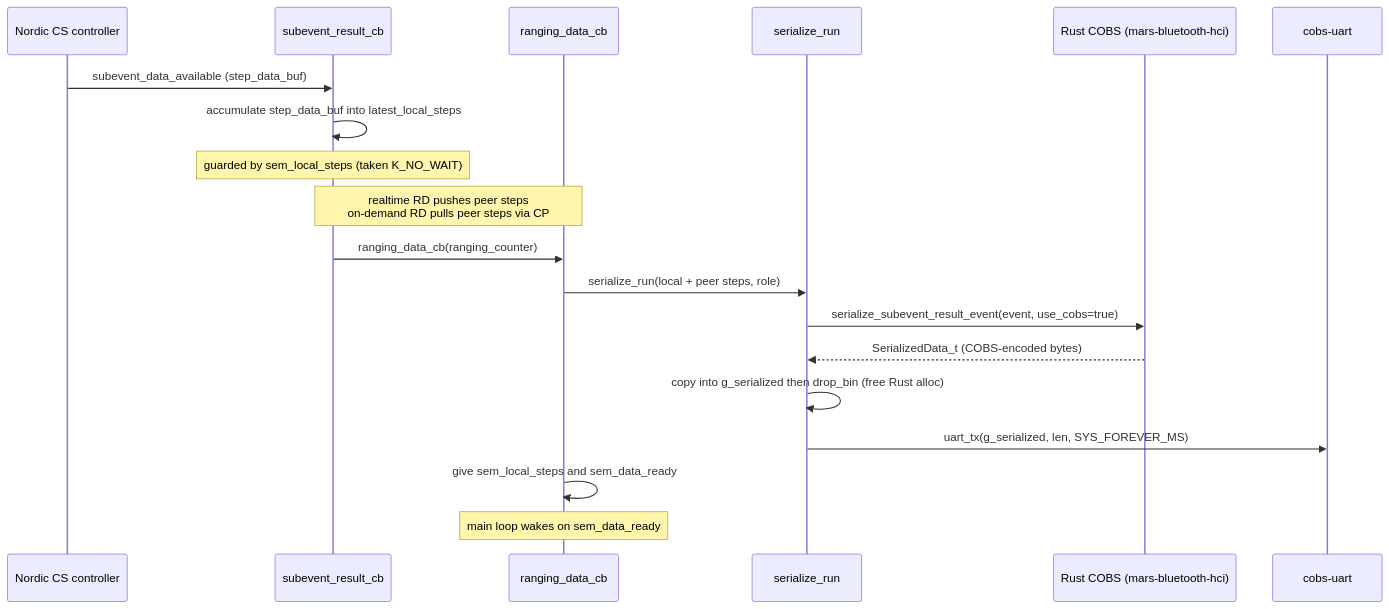
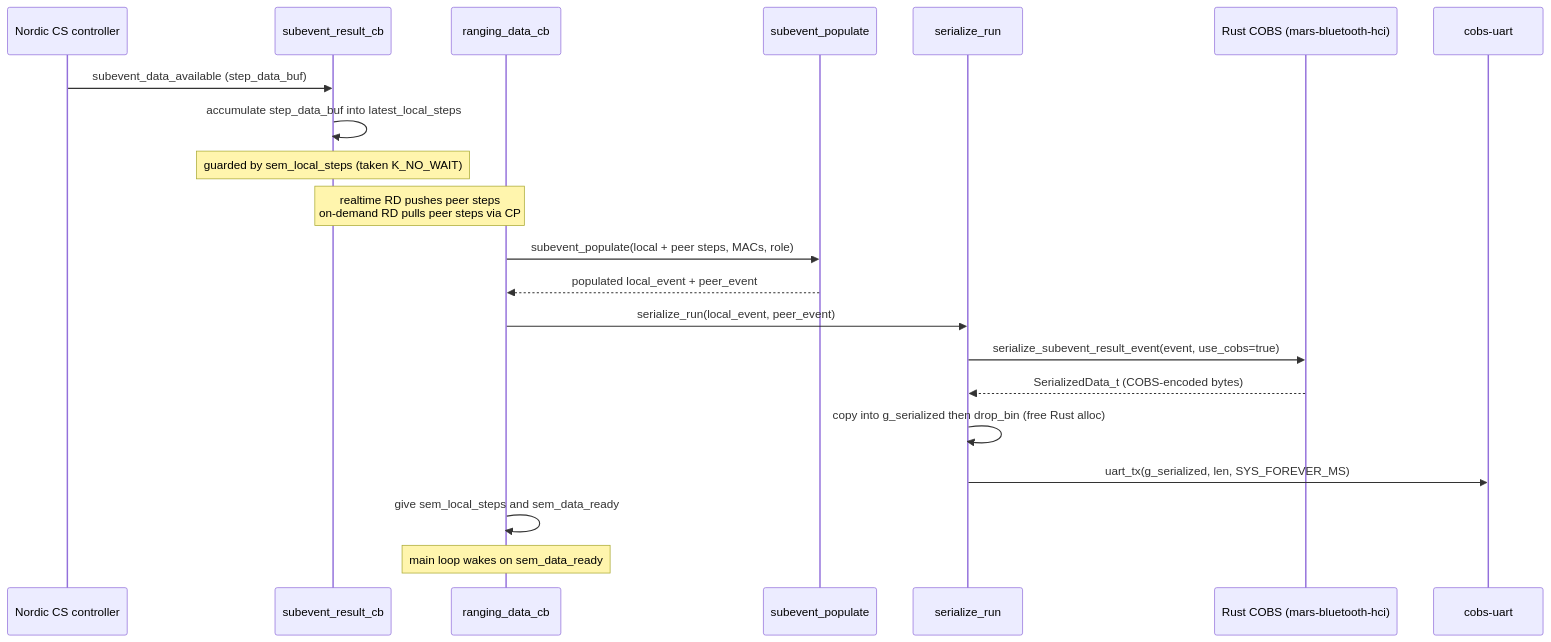
Before and after one commit to Metirionic/mars-cs-nrf54l: the first of 2 diagrams in docs/architecture.md, drawn with Mermaid. The commit also changed other lines of this file, not shown here.

First line of the commit message:
docs(architecture): document IPT data flow and RAS-vs-IPT contrast

````diff
--- a/docs/architecture.md
+++ b/docs/architecture.md
@@ -189,21 +212,23 @@
 ```mermaid
 sequenceDiagram
     participant CTRL as Nordic CS controller
     participant ACC as subevent_result_cb
     participant RAS as ranging_data_cb
+    participant POP as subevent_populate
     participant SER as serialize_run
     participant RUST as Rust COBS (mars-bluetooth-hci)
     participant UART as cobs-uart
     CTRL->>ACC: subevent_data_available (step_data_buf)
     ACC->>ACC: accumulate step_data_buf into latest_local_steps
     Note over ACC: guarded by sem_local_steps (taken K_NO_WAIT)
     Note over ACC,RAS: realtime RD pushes peer steps<br/>on-demand RD pulls peer steps via CP
-    ACC->>RAS: ranging_data_cb(ranging_counter)
-    RAS->>SER: serialize_run(local + peer steps, role)
+    RAS->>POP: subevent_populate(local + peer steps, MACs, role)
+    POP-->>RAS: populated local_event + peer_event
+    RAS->>SER: serialize_run(local_event, peer_event)
     SER->>RUST: serialize_subevent_result_event(event, use_cobs=true)
     RUST-->>SER: SerializedData_t (COBS-encoded bytes)
     SER->>SER: copy into g_serialized then drop_bin (free Rust alloc)
     SER->>UART: uart_tx(g_serialized, len, SYS_FOREVER_MS)
     RAS->>RAS: give sem_local_steps and sem_data_ready
     Note over RAS: main loop wakes on sem_data_ready
 ```
````
